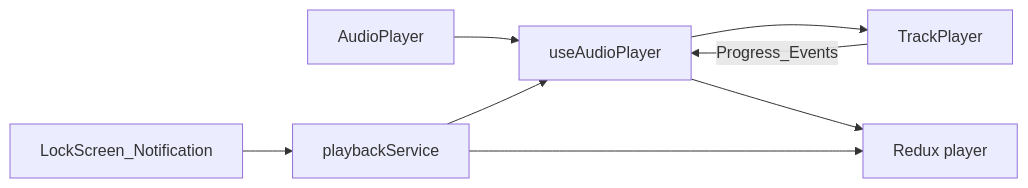
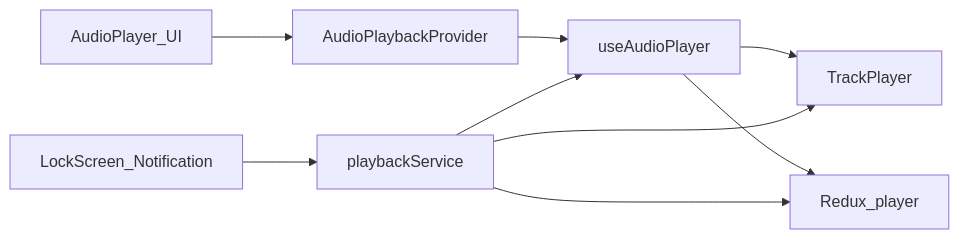
Before and after one commit to mayukhdasgupta25/audiobook-mobile: the diagram in docs/audio-player.md, drawn with Mermaid. The commit also changed other lines of this file and 27 other files, not shown here.

````diff
--- a/docs/audio-player.md
+++ b/docs/audio-player.md
@@ -12,10 +14,11 @@
 ```mermaid
 flowchart LR
-  UI[AudioPlayer] --> Hook[useAudioPlayer]
+  UI[AudioPlayer_UI] --> Ctx[AudioPlaybackProvider]
+  Ctx --> Hook[useAudioPlayer]
   Hook --> RNTP[TrackPlayer]
-  Hook --> Redux[Redux player]
+  Hook --> Redux[Redux_player]
   Remote[LockScreen_Notification] --> Service[playbackService]
   Service --> Redux
+  Service --> RNTP
   Service --> Hook
-  RNTP -->|Progress_Events| Hook
 ```
````
